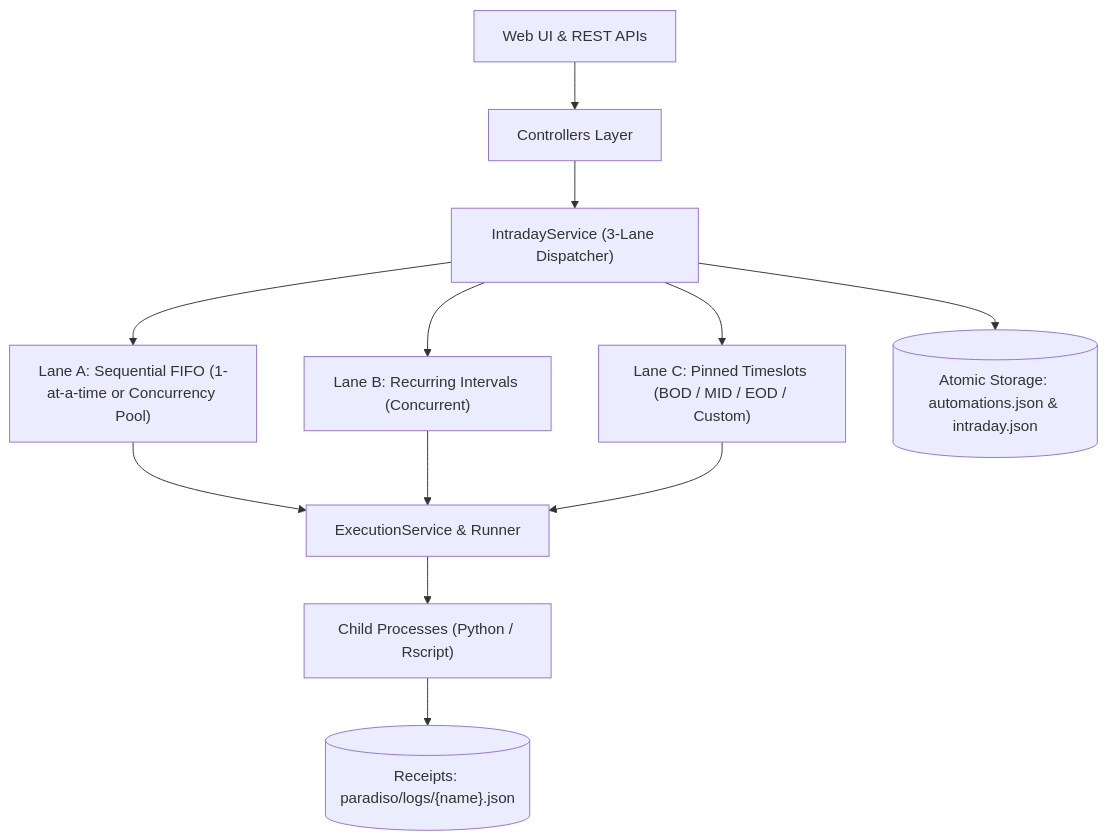
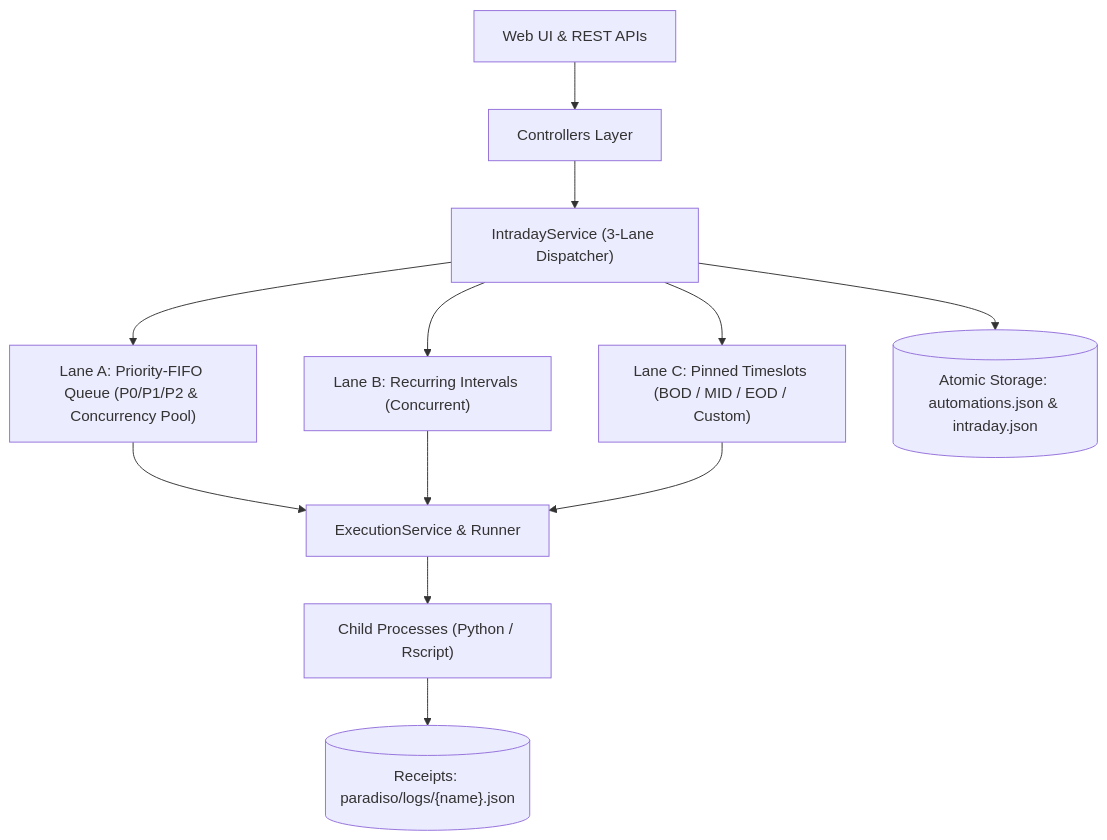
One commit to tailor827/celestial_rose changed the diagram in README.md. Above: the diagram before and after it, drawn with Mermaid. The commit also changed other lines of this file and 46 other files, not shown here.

````diff
--- a/README.md
+++ b/README.md
@@ -12,18 +12,18 @@
 ```mermaid
 graph TD
     UI["Web UI & REST APIs"] --> Controllers["Controllers Layer"]
     Controllers --> IntradaySvc["IntradayService (3-Lane Dispatcher)"]
     
-    IntradaySvc --> LaneA["Lane A: Sequential FIFO (1-at-a-time or Concurrency Pool)"]
+    IntradaySvc --> LaneA["Lane A: Priority-FIFO Queue (P0/P1/P2 & Concurrency Pool)"]
     IntradaySvc --> LaneB["Lane B: Recurring Intervals (Concurrent)"]
     IntradaySvc --> LaneC["Lane C: Pinned Timeslots (BOD / MID / EOD / Custom)"]
     
     LaneA --> ExecSvc["ExecutionService & Runner"]
     LaneB --> ExecSvc
     LaneC --> ExecSvc
     
     ExecSvc --> Subprocesses["Child Processes (Python / Rscript)"]
     Subprocesses --> Receipts[("Receipts: paradiso/logs/{name}.json")]
     
     IntradaySvc --> Storage[("Atomic Storage: automations.json & intraday.json")]
 ```
````
